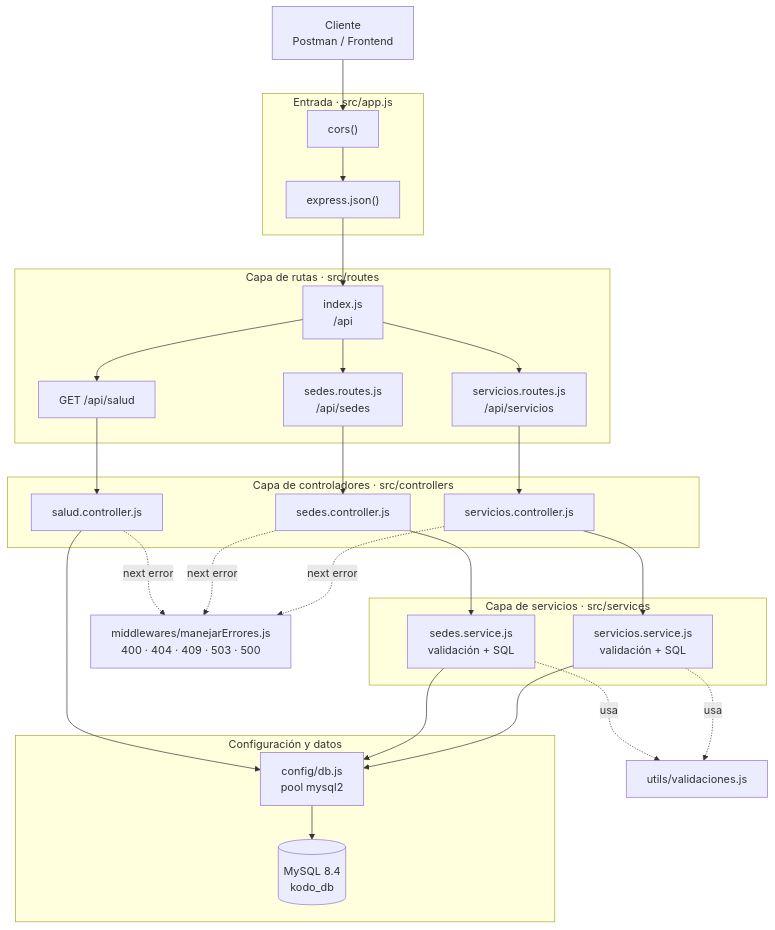
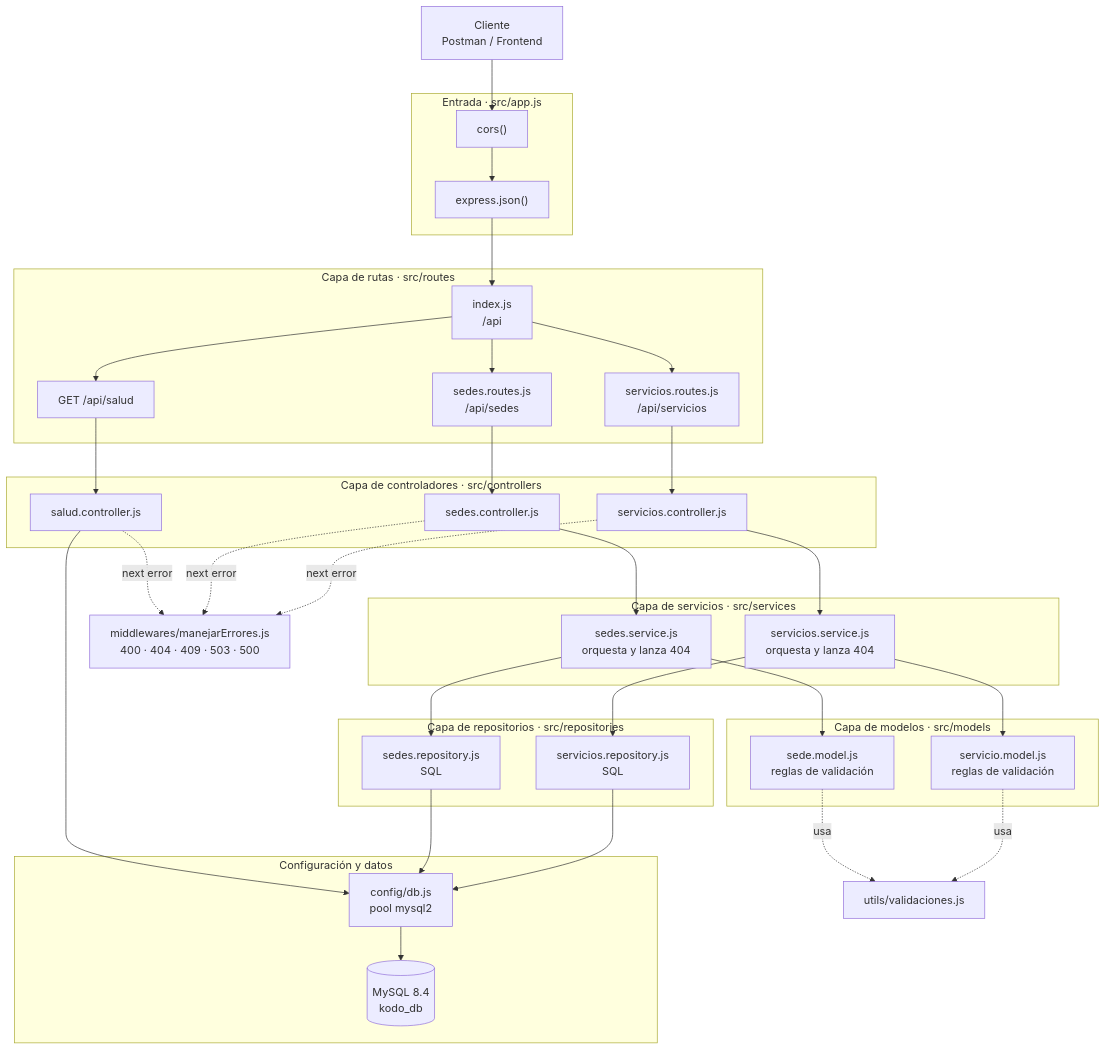
The first of 6 diagrams in README.md (jcondori-ucal/kodo-backend), drawn with Mermaid before and after one commit. The commit also changed other lines of this file and 6 other files, not shown here.

Commit message:
[IMP] api: separa capas models y repositories de los servicios de sedes y servicios

````diff
--- a/README.md
+++ b/README.md
@@ -72,49 +64,63 @@
 ```mermaid
 flowchart TB
     cliente["Cliente<br/>Postman / Frontend"]
 
     subgraph entrada["Entrada · src/app.js"]
         cors["cors()"]
         json["express.json()"]
     end
 
     subgraph rutas["Capa de rutas · src/routes"]
         indice["index.js<br/>/api"]
         rutasServicios["servicios.routes.js<br/>/api/servicios"]
         rutasSedes["sedes.routes.js<br/>/api/sedes"]
         rutaSalud["GET /api/salud"]
     end
 
     subgraph controladores["Capa de controladores · src/controllers"]
         ctrlServicios["servicios.controller.js"]
         ctrlSedes["sedes.controller.js"]
         ctrlSalud["salud.controller.js"]
     end
 
     subgraph servicios["Capa de servicios · src/services"]
-        logicaServicios["servicios.service.js<br/>validación + SQL"]
-        logicaSedes["sedes.service.js<br/>validación + SQL"]
+        logicaServicios["servicios.service.js<br/>orquesta y lanza 404"]
+        logicaSedes["sedes.service.js<br/>orquesta y lanza 404"]
+    end
+
+    subgraph modelos["Capa de modelos · src/models"]
+        modeloServicio["servicio.model.js<br/>reglas de validación"]
+        modeloSede["sede.model.js<br/>reglas de validación"]
+    end
+
+    subgraph repositorios["Capa de repositorios · src/repositories"]
+        repoServicios["servicios.repository.js<br/>SQL"]
+        repoSedes["sedes.repository.js<br/>SQL"]
     end
 
     subgraph datos["Configuración y datos"]
         pool["config/db.js<br/>pool mysql2"]
         mysql[("MySQL 8.4<br/>kodo_db")]
     end
 
     errores["middlewares/manejarErrores.js<br/>400 · 404 · 409 · 503 · 500"]
     utilidades["utils/validaciones.js"]
 
     cliente --> cors --> json --> indice
     indice --> rutasServicios --> ctrlServicios --> logicaServicios
     indice --> rutasSedes --> ctrlSedes --> logicaSedes
     indice --> rutaSalud --> ctrlSalud
-    logicaServicios --> pool
-    logicaSedes --> pool
+    logicaServicios --> modeloServicio
+    logicaSedes --> modeloSede
+    logicaServicios --> repoServicios
+    logicaSedes --> repoSedes
+    repoServicios --> pool
+    repoSedes --> pool
     ctrlSalud --> pool
     pool --> mysql
-    logicaServicios -.usa.-> utilidades
-    logicaSedes -.usa.-> utilidades
+    modeloServicio -.usa.-> utilidades
+    modeloSede -.usa.-> utilidades
     ctrlServicios -.next error.-> errores
     ctrlSedes -.next error.-> errores
     ctrlSalud -.next error.-> errores
 ```
````
